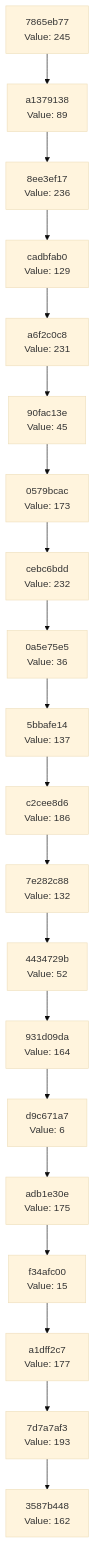
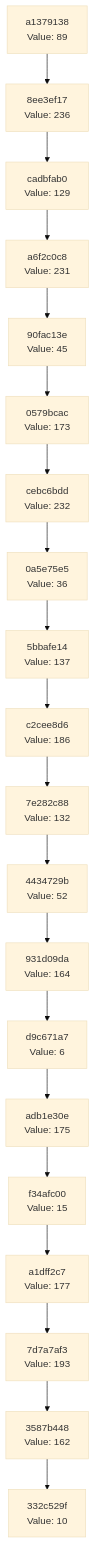
The diagram in docs/CHAIN_VISUALIZATION.md (Abhisheksinha1506/hash-chain-evolver), drawn with Mermaid (base theme) before and after one commit. The commit also changed 3 other files, not shown here.

````diff
--- a/docs/CHAIN_VISUALIZATION.md
+++ b/docs/CHAIN_VISUALIZATION.md
@@ -3,42 +3,42 @@
 ```mermaid
 graph TD
-    C0["3587b448<br/>Value: 162"]
-    C1["7d7a7af3<br/>Value: 193"]
+    C0["332c529f<br/>Value: 10"]
+    C1["3587b448<br/>Value: 162"]
     C1 --> C0
-    C2["a1dff2c7<br/>Value: 177"]
+    C2["7d7a7af3<br/>Value: 193"]
     C2 --> C1
-    C3["f34afc00<br/>Value: 15"]
+    C3["a1dff2c7<br/>Value: 177"]
     C3 --> C2
-    C4["adb1e30e<br/>Value: 175"]
+    C4["f34afc00<br/>Value: 15"]
     C4 --> C3
-    C5["d9c671a7<br/>Value: 6"]
+    C5["adb1e30e<br/>Value: 175"]
     C5 --> C4
-    C6["931d09da<br/>Value: 164"]
+    C6["d9c671a7<br/>Value: 6"]
     C6 --> C5
-    C7["4434729b<br/>Value: 52"]
+    C7["931d09da<br/>Value: 164"]
     C7 --> C6
-    C8["7e282c88<br/>Value: 132"]
+    C8["4434729b<br/>Value: 52"]
     C8 --> C7
-    C9["c2cee8d6<br/>Value: 186"]
+    C9["7e282c88<br/>Value: 132"]
     C9 --> C8
-    C10["5bbafe14<br/>Value: 137"]
+    C10["c2cee8d6<br/>Value: 186"]
     C10 --> C9
-    C11["0a5e75e5<br/>Value: 36"]
+    C11["5bbafe14<br/>Value: 137"]
     C11 --> C10
-    C12["cebc6bdd<br/>Value: 232"]
+    C12["0a5e75e5<br/>Value: 36"]
     C12 --> C11
-    C13["0579bcac<br/>Value: 173"]
+    C13["cebc6bdd<br/>Value: 232"]
     C13 --> C12
-    C14["90fac13e<br/>Value: 45"]
+    C14["0579bcac<br/>Value: 173"]
     C14 --> C13
-    C15["a6f2c0c8<br/>Value: 231"]
+    C15["90fac13e<br/>Value: 45"]
     C15 --> C14
-    C16["cadbfab0<br/>Value: 129"]
+    C16["a6f2c0c8<br/>Value: 231"]
     C16 --> C15
-    C17["8ee3ef17<br/>Value: 236"]
+    C17["cadbfab0<br/>Value: 129"]
     C17 --> C16
-    C18["a1379138<br/>Value: 89"]
+    C18["8ee3ef17<br/>Value: 236"]
     C18 --> C17
-    C19["7865eb77<br/>Value: 245"]
+    C19["a1379138<br/>Value: 89"]
     C19 --> C18
 ```
````
